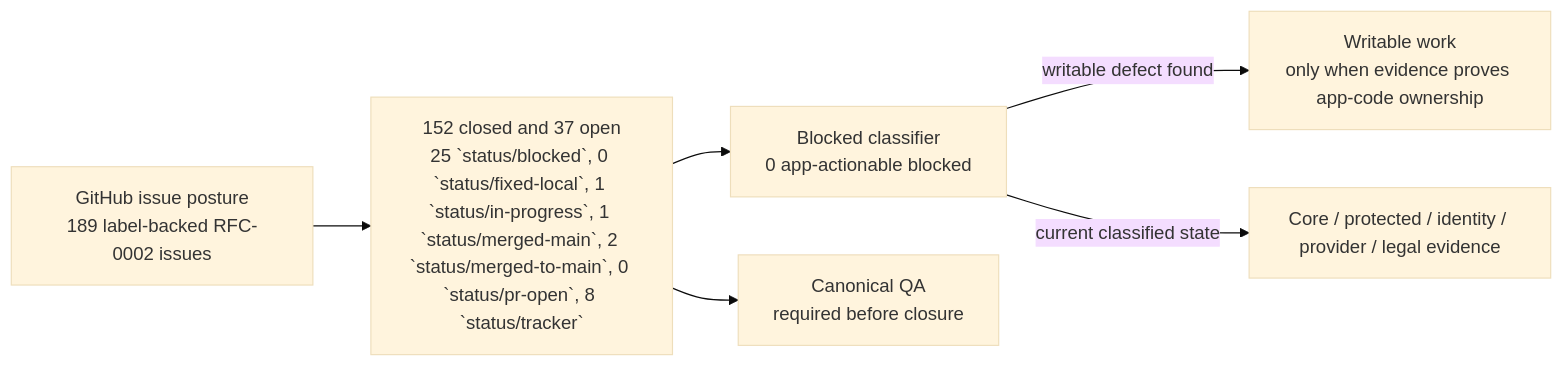
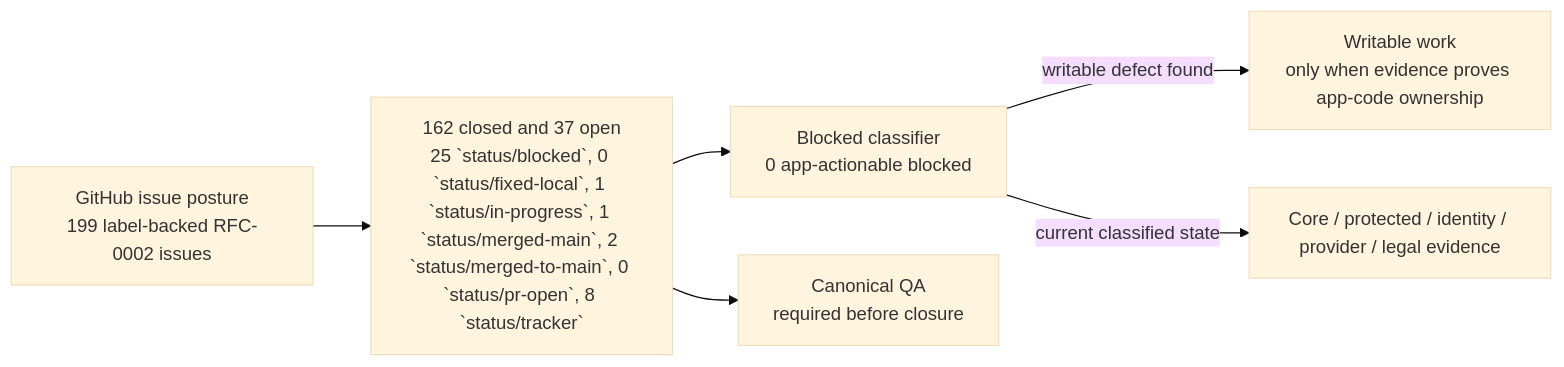
Before and after one commit to sgajbi/lotus-idea: the first of 2 diagrams in wiki/RFC-0002-Execution-Status.md, drawn with Mermaid (base theme). The commit also changed other lines of this file and 12 other files, not shown here.

Commit message:
docs(rfc0002): synchronize issue 1084 closure truth

````diff
--- a/wiki/RFC-0002-Execution-Status.md
+++ b/wiki/RFC-0002-Execution-Status.md
@@ -39,15 +39,15 @@
 ```mermaid
 flowchart LR
-    Issues["GitHub issue posture<br/>189 label-backed RFC-0002 issues"]
-    Open["152 closed and 37 open<br/>25 `status/blocked`, 0 `status/fixed-local`, 1 `status/in-progress`, 1 `status/merged-main`, 2 `status/merged-to-main`, 0 `status/pr-open`, 8 `status/tracker`"]
+    Issues["GitHub issue posture<br/>199 label-backed RFC-0002 issues"]
+    Open["162 closed and 37 open<br/>25 `status/blocked`, 0 `status/fixed-local`, 1 `status/in-progress`, 1 `status/merged-main`, 2 `status/merged-to-main`, 0 `status/pr-open`, 8 `status/tracker`"]
     Blocked["Blocked classifier<br/>0 app-actionable blocked"]
     Work["Writable work<br/>only when evidence proves app-code ownership"]
     External["Core / protected / identity / provider / legal evidence"]
     QA["Canonical QA<br/>required before closure"]
 
     Issues --> Open
     Open --> Blocked
     Blocked -->|"writable defect found"| Work
     Blocked -->|"current classified state"| External
     Open --> QA
 ```
````
